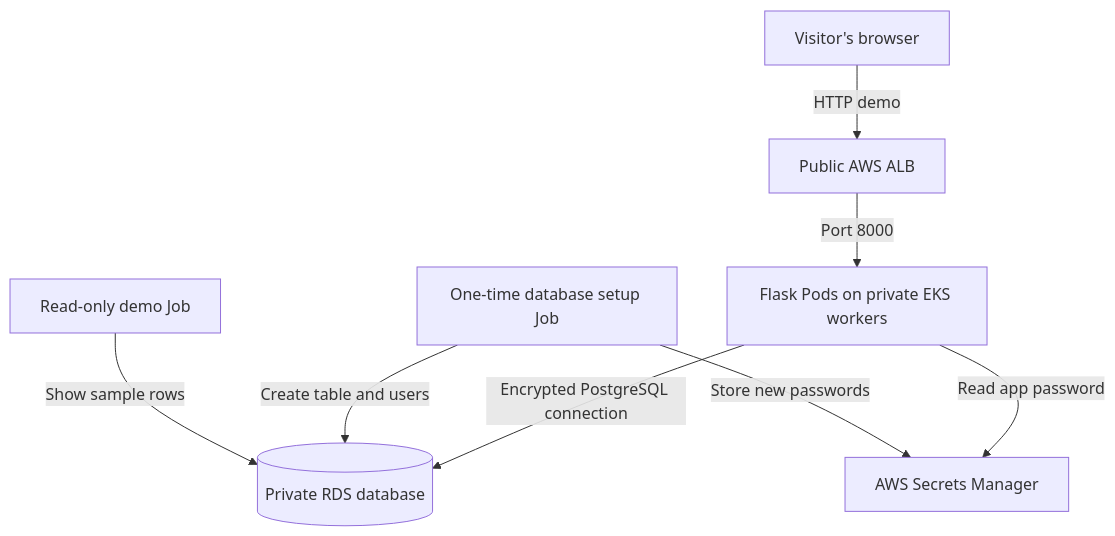
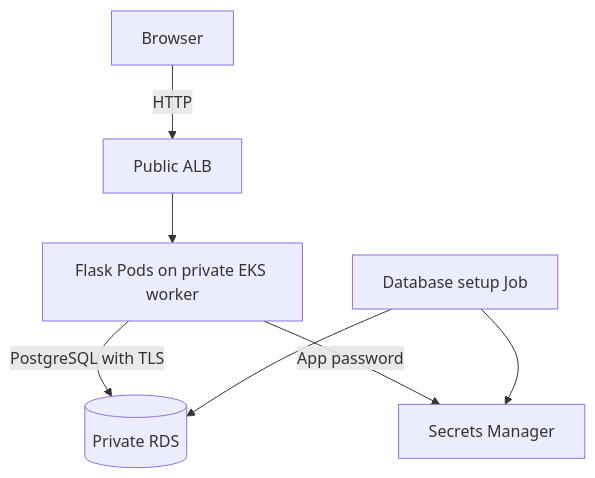
One commit to WarriorWiras/contact-form-aws changed the diagram in docs/architecture.md. Above: the diagram before and after it, drawn with Mermaid. The commit also changed other lines of this file and 11 other files, not shown here.

````diff
--- a/docs/architecture.md
+++ b/docs/architecture.md
@@ -3,10 +3,9 @@
 ```mermaid
 flowchart TB
-    B["Visitor's browser"] -->|HTTP demo| L["Public AWS ALB"]
-    L -->|Port 8000| F["Flask Pods on private EKS workers"]
-    F -->|Encrypted PostgreSQL connection| D[("Private RDS database")]
-    F -->|Read app password| S["AWS Secrets Manager"]
-    J["One-time database setup Job"] -->|Create table and users| D
-    J -->|Store new passwords| S
-    V["Read-only demo Job"] -->|Show sample rows| D
+    B["Browser"] -->|HTTP| A["Public ALB"]
+    A --> F["Flask Pods on private EKS worker"]
+    F -->|PostgreSQL with TLS| D[("Private RDS")]
+    F -->|App password| S["Secrets Manager"]
+    J["Database setup Job"] --> D
+    J --> S
 ```
````
